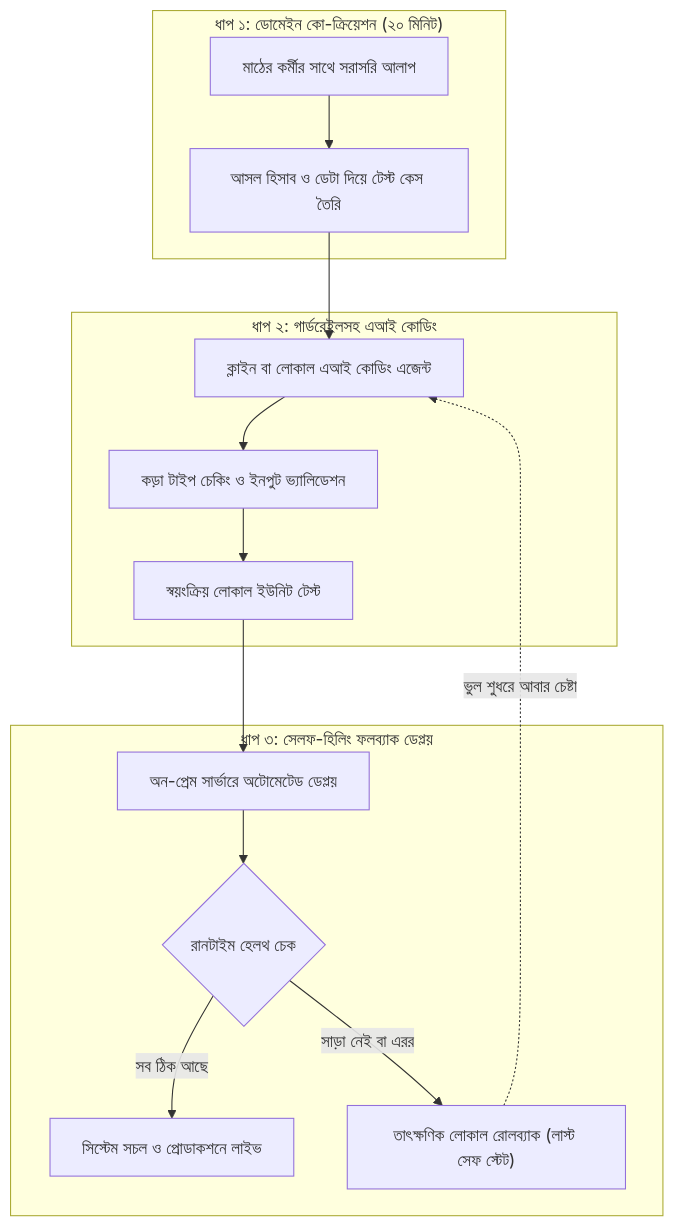
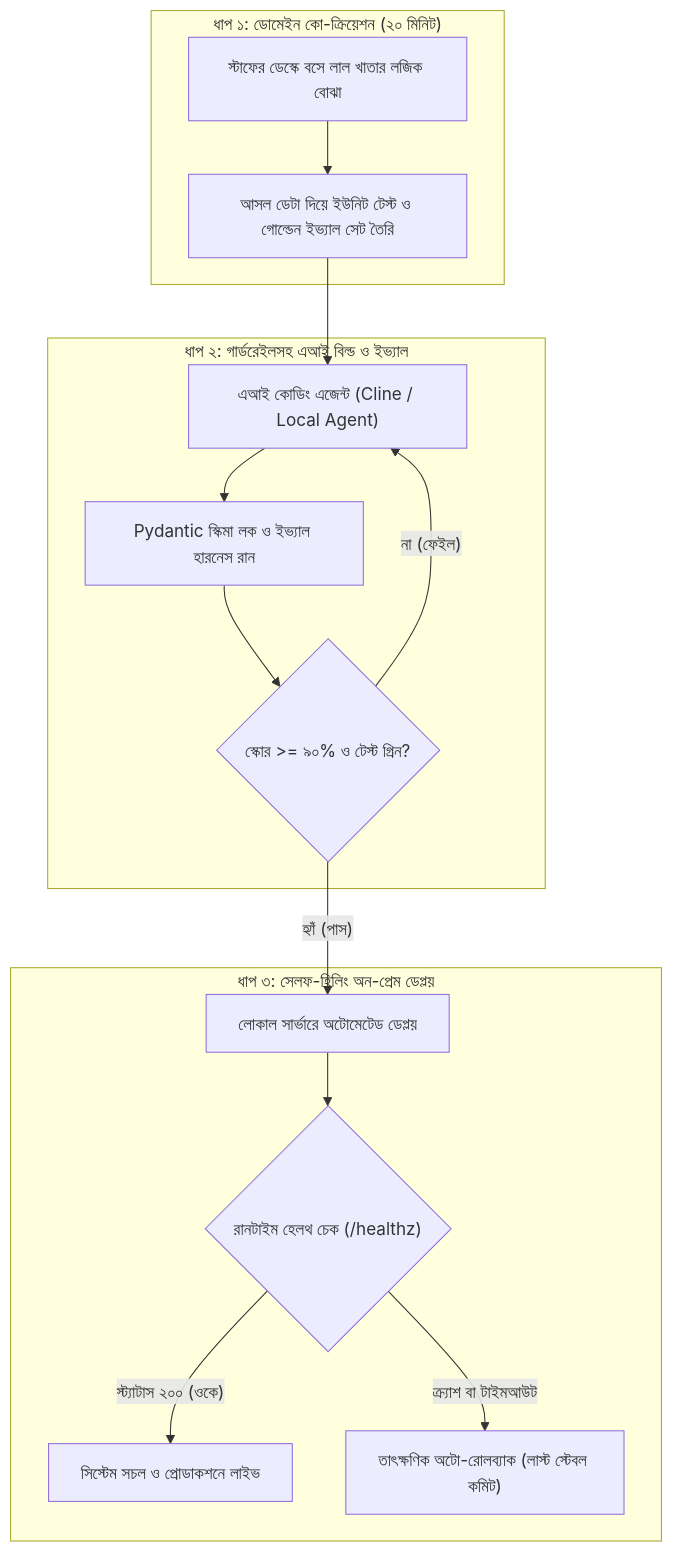
One commit to aiwithr/fde_book changed the diagram in docs/chapter-3/index.md. Above: the diagram before and after it, drawn with Mermaid. The commit also changed other lines of this file and 9 other files, not shown here.

````diff
--- a/docs/chapter-3/index.md
+++ b/docs/chapter-3/index.md
@@ -136,29 +124,29 @@
 ```mermaid
 flowchart TD
     subgraph DomainSprint["ধাপ ১: ডোমেইন কো-ক্রিয়েশন (২০ মিনিট)"]
-        A1["মাঠের কর্মীর সাথে সরাসরি আলাপ"] --> A2["আসল হিসাব ও ডেটা দিয়ে টেস্ট কেস তৈরি"]
+        A1["স্টাফের ডেস্কে বসে লাল খাতার লজিক বোঝা"] --> A2["আসল ডেটা দিয়ে ইউনিট টেস্ট ও গোল্ডেন ইভ্যাল সেট তৈরি"]
     end
 
-    subgraph AgenticHarness["ধাপ ২: গার্ডরেইলসহ এআই কোডিং"]
-        B1["ক্লাইন বা লোকাল এআই কোডিং এজেন্ট"]
-        B2["কড়া টাইপ চেকিং ও ইনপুট ভ্যালিডেশন"]
-        B3["স্বয়ংক্রিয় লোকাল ইউনিট টেস্ট"]
+    subgraph AgenticHarness["ধাপ ২: গার্ডরেইলসহ এআই বিল্ড ও ইভ্যাল"]
+        B1["এআই কোডিং এজেন্ট (Cline / Local Agent)"]
+        B2["Pydantic স্কিমা লক ও ইভ্যাল হারনেস রান"]
+        B3{"স্কোর >= ৯০% ও টেস্ট গ্রিন?"}
 
         A2 --> B1
         B1 --> B2
         B2 --> B3
+        B3 -- "না (ফেইল)" --> B1
     end
 
-    subgraph ResilientDeploy["ধাপ ৩: সেলফ-হিলিং ফলব্যাক ডেপ্লয়"]
-        C1["অন-প্রেম সার্ভারে অটোমেটেড ডেপ্লয়"]
-        C2{"রানটাইম হেলথ চেক"}
+    subgraph ResilientDeploy["ধাপ ৩: সেলফ-হিলিং অন-প্রেম ডেপ্লয়"]
+        C1["লোকাল সার্ভারে অটোমেটেড ডেপ্লয়"]
+        C2{"রানটাইম হেলথ চেক (/healthz)"}
         C3["সিস্টেম সচল ও প্রোডাকশনে লাইভ"]
-        C4["তাৎক্ষণিক লোকাল রোলব্যাক (লাস্ট সেফ স্টেট)"]
+        C4["তাৎক্ষণিক অটো-রোলব্যাক (লাস্ট স্টেবল কমিট)"]
 
-        B3 --> C1
+        B3 -- "হ্যাঁ (পাস)" --> C1
         C1 --> C2
-        C2 -- "সব ঠিক আছে" --> C3
-        C2 -- "সাড়া নেই বা এরর" --> C4
-        C4 -.->|"ভুল শুধরে আবার চেষ্টা"| B1
+        C2 -- "স্ট্যাটাস ২০০ (ওকে)" --> C3
+        C2 -- "ক্র্যাশ বা টাইমআউট" --> C4
     end
 ```
````
